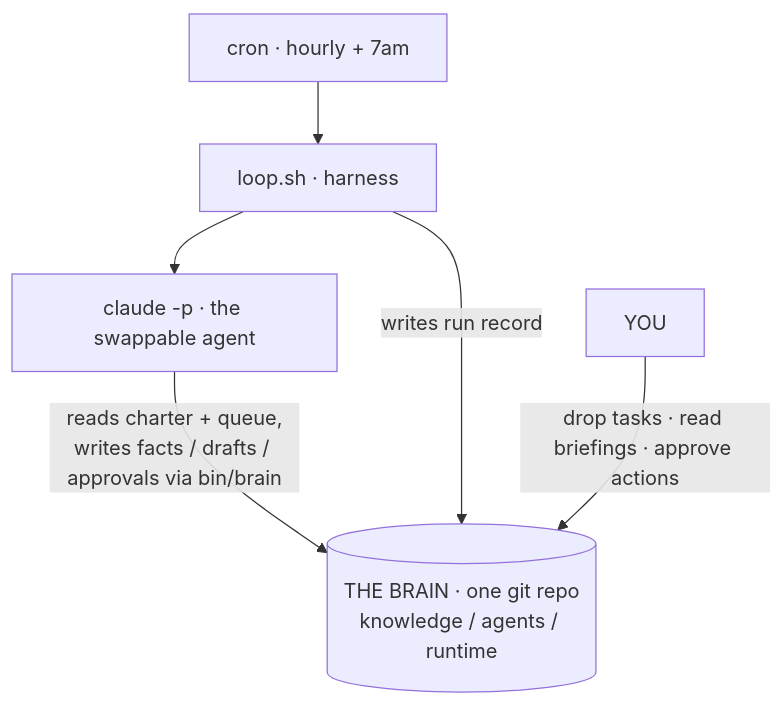
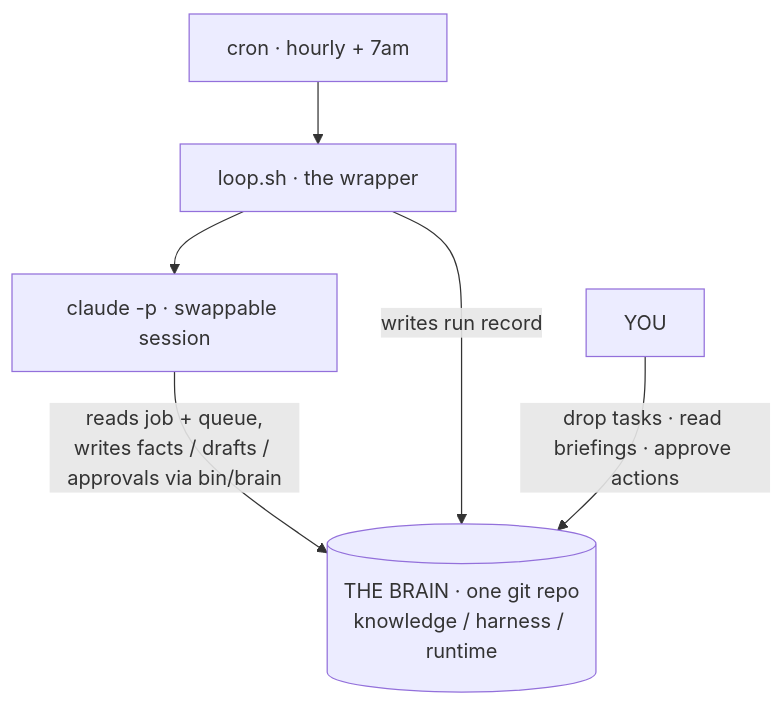
One commit to heyharmon/agent-os changed the diagram in recipes/kits/starter-kit.md. Above: the diagram before and after it, drawn with Mermaid. The commit also changed other lines of this file and 11 other files, not shown here.

First line of the commit message:
Rename roles to agents; charters to jobs; machinery area to harness/

````diff
--- a/recipes/kits/starter-kit.md
+++ b/recipes/kits/starter-kit.md
@@ -25,8 +25,8 @@
 ```mermaid
 flowchart TD
-    cron["cron · hourly + 7am"] --> loop["loop.sh · harness"]
-    loop --> agent["claude -p · the swappable agent"]
-    agent -- "reads charter + queue,<br/>writes facts / drafts / approvals via bin/brain" --> brain
-    loop -- "writes run record" --> brain[("THE BRAIN · one git repo<br/>knowledge / agents / runtime")]
+    cron["cron · hourly + 7am"] --> loop["loop.sh · the wrapper"]
+    loop --> session["claude -p · swappable session"]
+    session -- "reads job + queue,<br/>writes facts / drafts / approvals via bin/brain" --> brain
+    loop -- "writes run record" --> brain[("THE BRAIN · one git repo<br/>knowledge / harness / runtime")]
     you["YOU"] -- "drop tasks · read briefings · approve actions" --> brain
 ```
````
